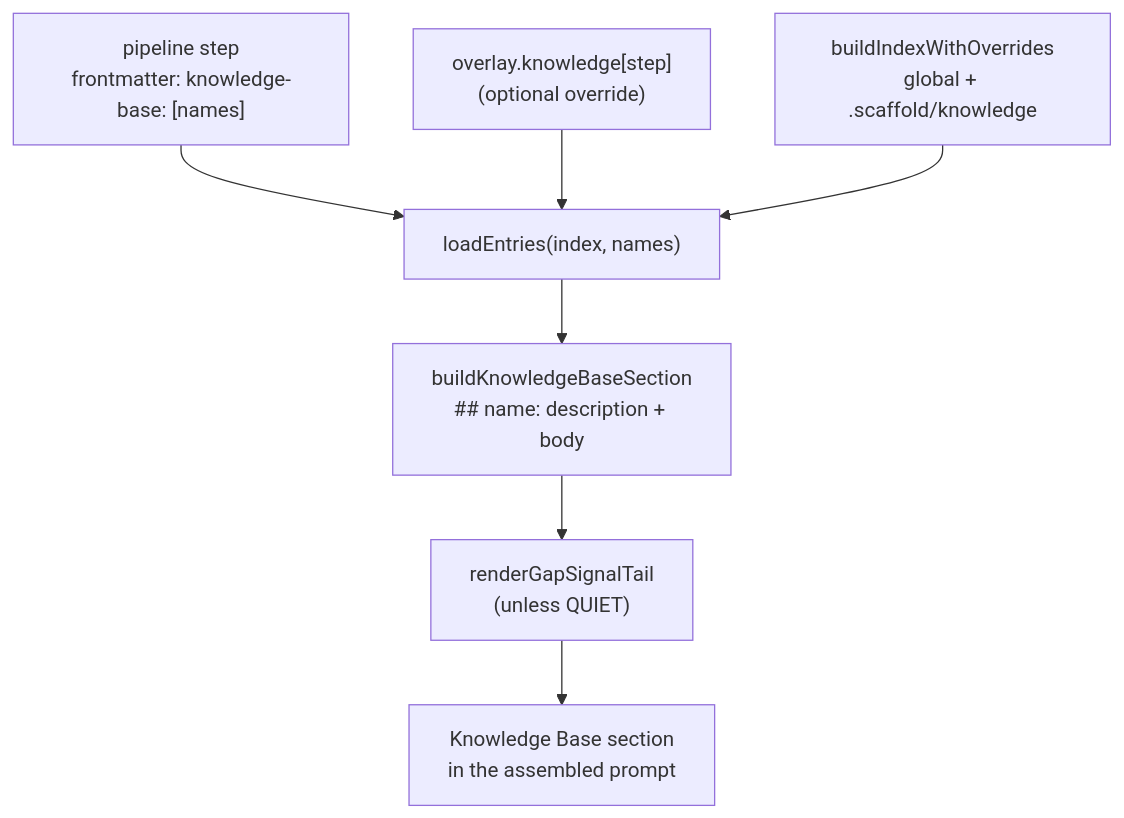
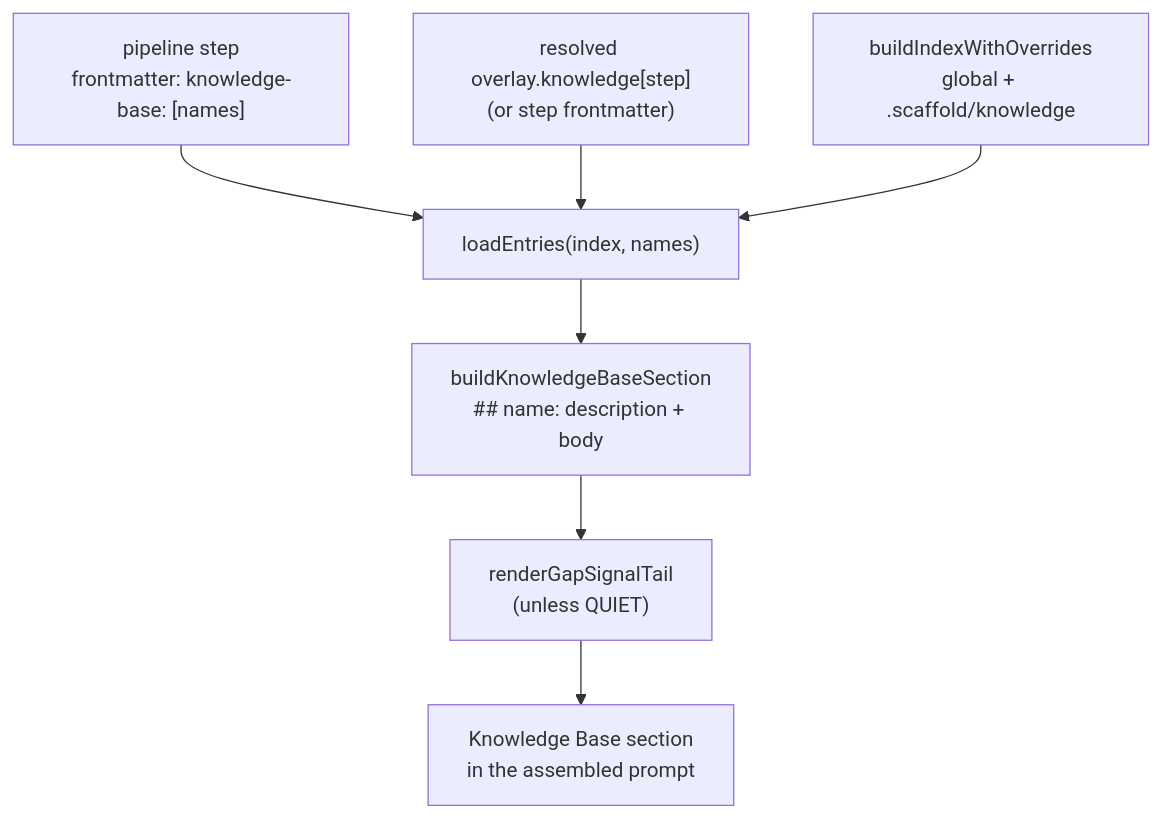
One commit to zigrivers/scaffold changed the diagram in content/guides/knowledge/index.md. Above: the diagram before and after it, drawn with Mermaid. The commit also changed other lines of this file and 15 other files, not shown here.

````diff
--- a/content/guides/knowledge/index.md
+++ b/content/guides/knowledge/index.md
@@ -39,15 +39,15 @@
 ```mermaid
 flowchart TB
   STEP["pipeline step
 frontmatter: knowledge-base: [names]"] --> SELECT
-  OVERLAY["overlay.knowledge[step]
-(optional override)"] --> SELECT
+  OVERLAY["resolved overlay.knowledge[step]
+(or step frontmatter)"] --> SELECT
   SELECT["loadEntries(index, names)"] --> RENDER
   INDEX["buildIndexWithOverrides
 global + .scaffold/knowledge"] --> SELECT
   RENDER["buildKnowledgeBaseSection
 ## name: description + body"] --> TAIL
   TAIL["renderGapSignalTail
 (unless QUIET)"] --> OUT["Knowledge Base section
 in the assembled prompt"]
 ```
````
